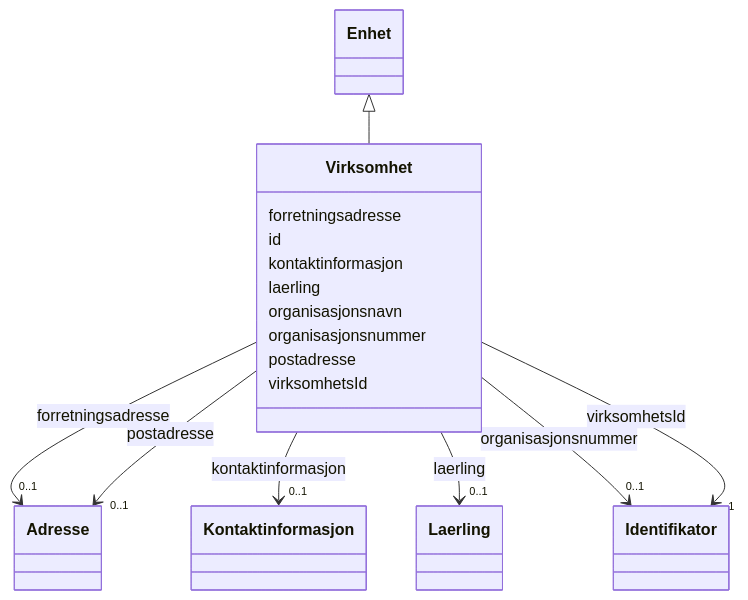
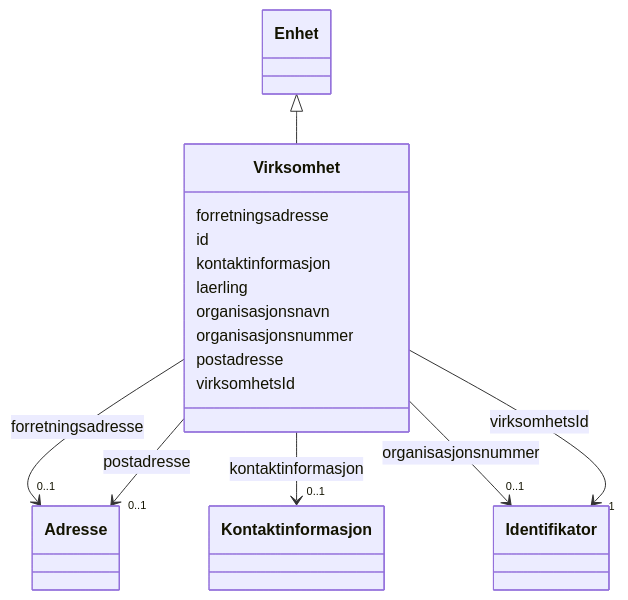
One commit to brreg/linkml-w3c-no-profiles changed the diagram in mkdocs/docs/fint/fint-utdanning/klasser/Virksomhet.md. Above: the diagram before and after it, drawn with Mermaid. The commit also changed other lines of this file and 391 other files, not shown here.

````diff
--- a/mkdocs/docs/fint/fint-utdanning/klasser/Virksomhet.md
+++ b/mkdocs/docs/fint/fint-utdanning/klasser/Virksomhet.md
@@ -18,79 +18,70 @@
 ```mermaid
  classDiagram
     class Virksomhet
     click Virksomhet href "../Virksomhet/"
       Enhet <|-- Virksomhet
         click Enhet href "../Enhet/"
       
       Virksomhet : forretningsadresse
         
           
     
         
         
         Virksomhet --> "0..1" Adresse : forretningsadresse
         click Adresse href "../Adresse/"
     
 
         
       Virksomhet : id
         
       Virksomhet : kontaktinformasjon
         
           
     
         
         
         Virksomhet --> "0..1" Kontaktinformasjon : kontaktinformasjon
         click Kontaktinformasjon href "../Kontaktinformasjon/"
     
 
         
       Virksomhet : laerling
-        
-          
-    
-        
-        
-        Virksomhet --> "0..1" Laerling : laerling
-        click Laerling href "../Laerling/"
-    
-
         
       Virksomhet : organisasjonsnavn
         
       Virksomhet : organisasjonsnummer
         
           
     
         
         
         Virksomhet --> "0..1" Identifikator : organisasjonsnummer
         click Identifikator href "../Identifikator/"
     
 
         
       Virksomhet : postadresse
         
           
     
         
         
         Virksomhet --> "0..1" Adresse : postadresse
         click Adresse href "../Adresse/"
     
 
         
       Virksomhet : virksomhetsId
         
           
     
         
         
         Virksomhet --> "1" Identifikator : virksomhetsId
         click Identifikator href "../Identifikator/"
     
 
         
       
 ```
````
